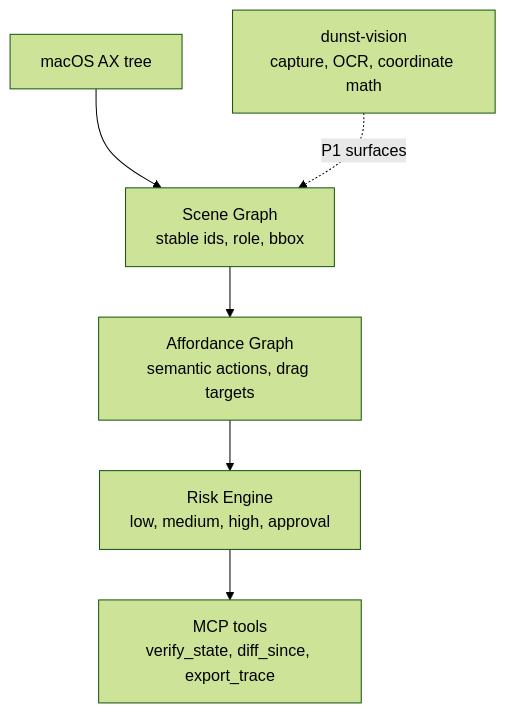
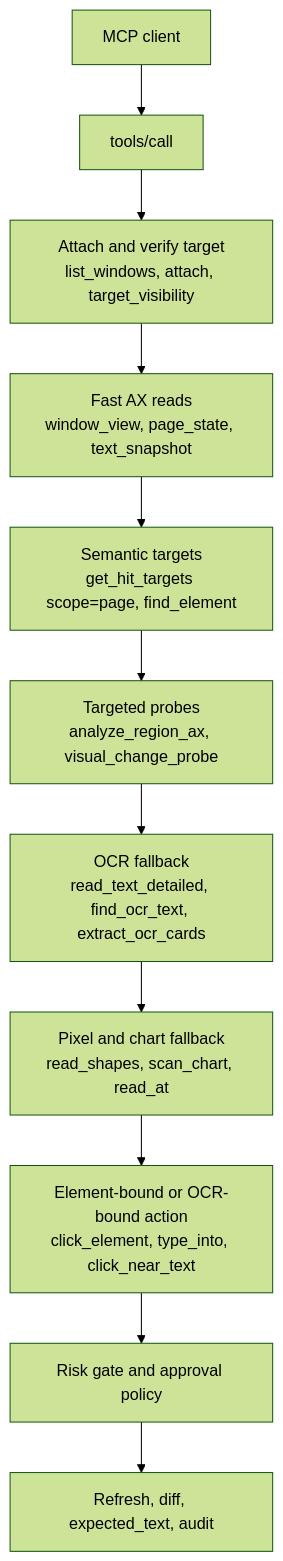
Before and after one commit to azerozero/dunst: the diagram in README.md, drawn with Mermaid (forest theme). The commit also changed other lines of this file and 8 other files, not shown here.

First line of the commit message:
feat(mcp): add semantic hit targets

````diff
--- a/README.md
+++ b/README.md
@@ -38,8 +37,13 @@
 ```mermaid
 flowchart TD
-    AX[macOS AX tree] --> Scene[Scene Graph<br/>stable ids, role, bbox]
-    Scene --> Affordance[Affordance Graph<br/>semantic actions, drag targets]
-    Affordance --> Risk[Risk Engine<br/>low, medium, high, approval]
-    Risk --> MCP[MCP tools<br/>verify_state, diff_since, export_trace]
-    Vision[dunst-vision<br/>capture, OCR, coordinate math] -. P1 surfaces .-> Scene
+    Client[MCP client] --> Call[tools/call]
+    Call --> Target[Attach and verify target<br/>list_windows, attach, target_visibility]
+    Target --> AXFast[Fast AX reads<br/>window_view, page_state, text_snapshot]
+    AXFast --> AXQuery[Semantic targets<br/>get_hit_targets scope=page, find_element]
+    AXQuery --> Targeted[Targeted probes<br/>analyze_region_ax, visual_change_probe]
+    Targeted --> OCR[OCR fallback<br/>read_text_detailed, find_ocr_text, extract_ocr_cards]
+    OCR --> Pixels[Pixel and chart fallback<br/>read_shapes, scan_chart, read_at]
+    Pixels --> Action[Element-bound or OCR-bound action<br/>click_element, type_into, click_near_text]
+    Action --> Gate[Risk gate and approval policy]
+    Gate --> Verify[Refresh, diff, expected_text, audit]
 ```
````
